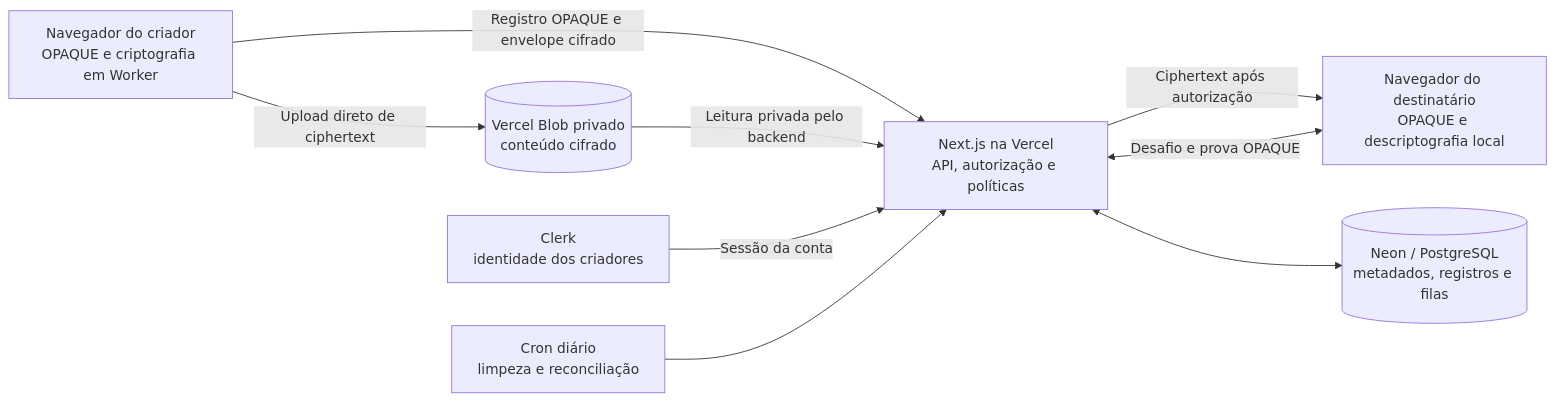
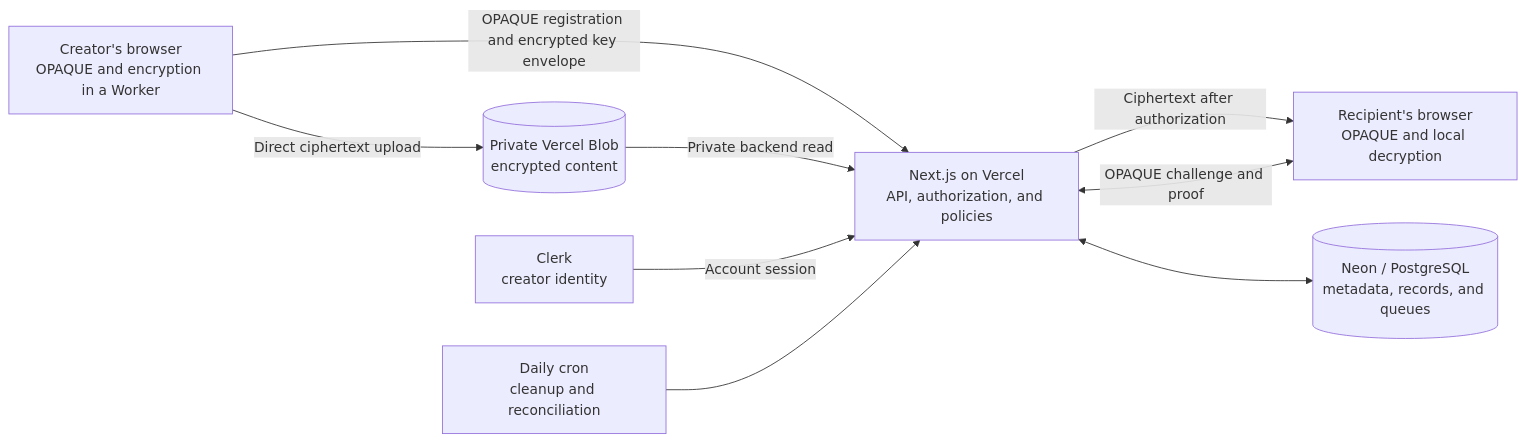
One commit to toruticas/efemero changed the diagram in README.md. Above: the diagram before and after it, drawn with Mermaid. The commit also changed other lines of this file and 11 other files, not shown here.

````diff
--- a/README.md
+++ b/README.md
@@ -66,19 +68,19 @@
 ```mermaid
 flowchart LR
-  C["Navegador do criador<br/>OPAQUE e criptografia em Worker"]
-  R["Navegador do destinatário<br/>OPAQUE e descriptografia local"]
-  A["Next.js na Vercel<br/>API, autorização e políticas"]
-  D[("Neon / PostgreSQL<br/>metadados, registros e filas")]
-  B[("Vercel Blob privado<br/>conteúdo cifrado")]
-  K["Clerk<br/>identidade dos criadores"]
-  T["Cron diário<br/>limpeza e reconciliação"]
+  C["Creator's browser<br/>OPAQUE and encryption in a Worker"]
+  R["Recipient's browser<br/>OPAQUE and local decryption"]
+  A["Next.js on Vercel<br/>API, authorization, and policies"]
+  D[("Neon / PostgreSQL<br/>metadata, records, and queues")]
+  B[("Private Vercel Blob<br/>encrypted content")]
+  K["Clerk<br/>creator identity"]
+  T["Daily cron<br/>cleanup and reconciliation"]
 
-  C -->|"Registro OPAQUE e envelope cifrado"| A
-  C -->|"Upload direto de ciphertext"| B
-  R <-->|"Desafio e prova OPAQUE"| A
-  A -->|"Ciphertext após autorização"| R
+  C -->|"OPAQUE registration and encrypted key envelope"| A
+  C -->|"Direct ciphertext upload"| B
+  R <-->|"OPAQUE challenge and proof"| A
+  A -->|"Ciphertext after authorization"| R
   A <--> D
-  B -->|"Leitura privada pelo backend"| A
-  K -->|"Sessão da conta"| A
+  B -->|"Private backend read"| A
+  K -->|"Account session"| A
   T --> A
 ```
````
